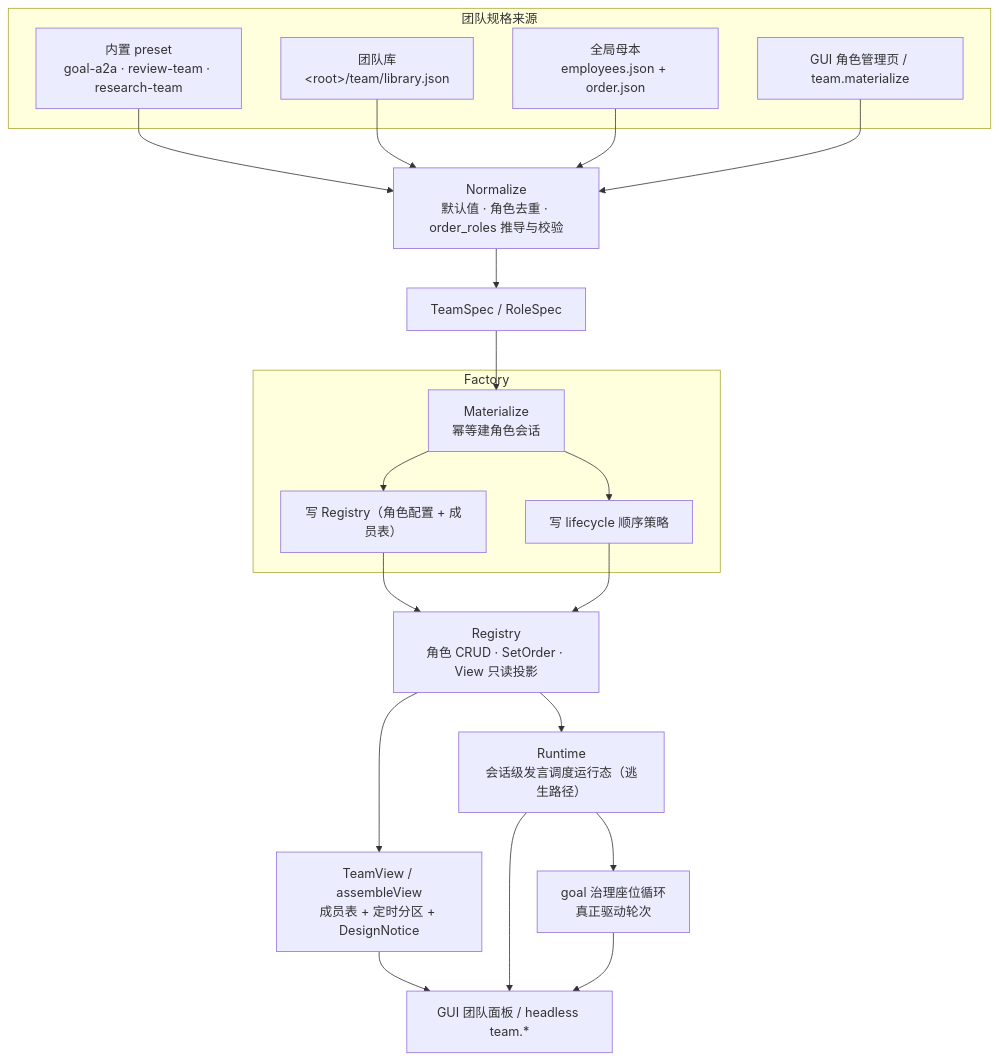
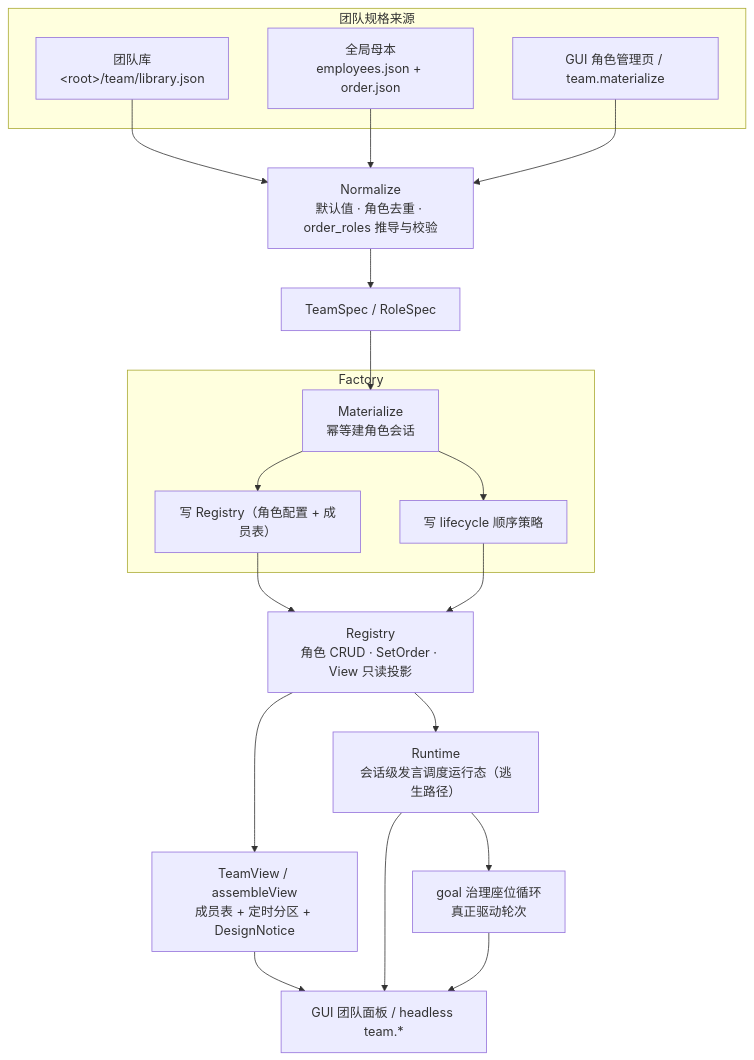
Before and after one commit to RedHuang-0622/seelex: the first of 2 diagrams in application/core/agentteam/README.md, drawn with Mermaid. The commit also changed other lines of this file and 45 other files, not shown here.

````diff
--- a/application/core/agentteam/README.md
+++ b/application/core/agentteam/README.md
@@ -46,41 +47,39 @@
 ```mermaid
 flowchart TB
     subgraph SOURCE["团队规格来源"]
-        PRESET["内置 preset<br/>goal-a2a · review-team · research-team"]
         LIB["团队库<br/>&lt;root&gt;/team/library.json"]
         GLOBAL["全局母本<br/>employees.json + order.json"]
         UISPEC["GUI 角色管理页 / team.materialize"]
     end
 
     NORM["Normalize<br/>默认值 · 角色去重 · order_roles 推导与校验"]
     SPEC["TeamSpec / RoleSpec"]
 
     subgraph FACTORY["Factory"]
         MAT["Materialize<br/>幂等建角色会话"]
         REGW["写 Registry（角色配置 + 成员表）"]
         LIFE["写 lifecycle 顺序策略"]
     end
 
     REG["Registry<br/>角色 CRUD · SetOrder · View 只读投影"]
     VIEW["TeamView / assembleView<br/>成员表 + 定时分区 + DesignNotice"]
     RT["Runtime<br/>会话级发言调度运行态（逃生路径）"]
     GOV["goal 治理座位循环<br/>真正驱动轮次"]
     FE["GUI 团队面板 / headless team.*"]
 
-    PRESET --> NORM
     LIB --> NORM
     GLOBAL --> NORM
     UISPEC --> NORM
     NORM --> SPEC
     SPEC --> MAT
     MAT --> REGW
     MAT --> LIFE
     REGW --> REG
     LIFE --> REG
     REG --> VIEW
     REG --> RT
     RT --> GOV
     VIEW --> FE
     RT --> FE
     GOV --> FE
 ```
````
